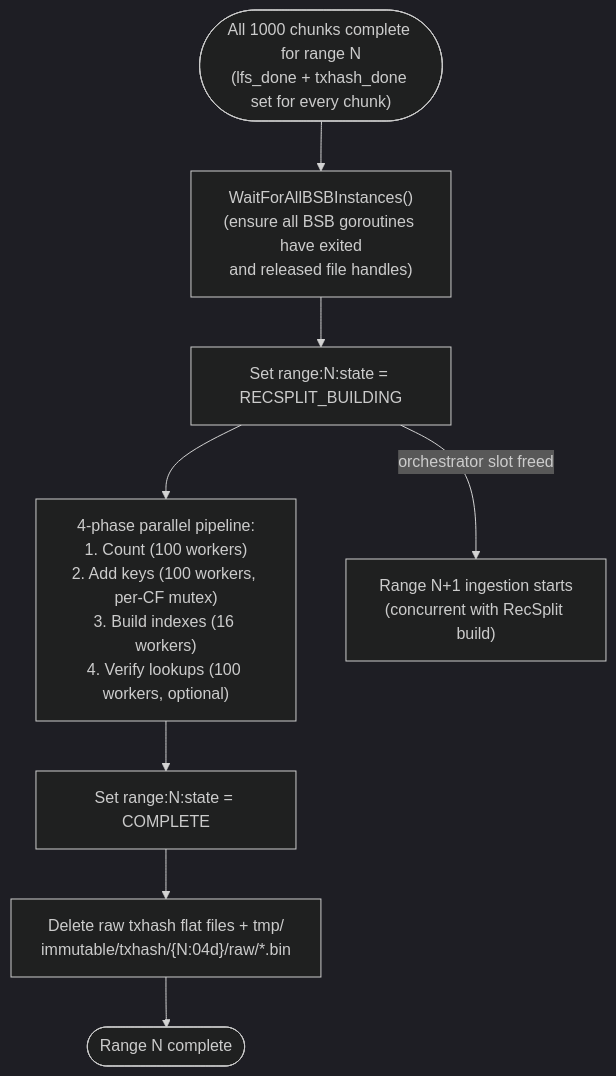
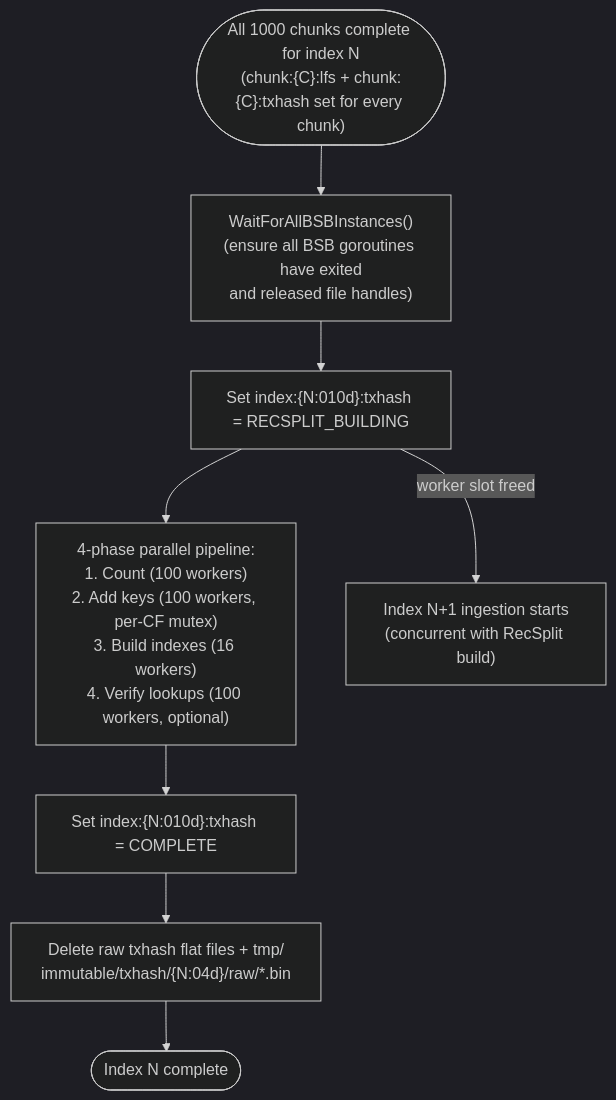
Before and after one commit to stellar/stellar-rpc: the ninth of 12 diagrams in full-history/design-docs/01-architecture-overview.md, drawn with Mermaid (dark theme). The commit also changed other lines of this file and 17 other files, not shown here.

````diff
--- a/full-history/design-docs/01-architecture-overview.md
+++ b/full-history/design-docs/01-architecture-overview.md
@@ -230,11 +232,11 @@
 ```mermaid
 flowchart TD
-    DONE1000(["All 1000 chunks complete for range N<br/>(lfs_done + txhash_done set for every chunk)"]) --> BARRIER["WaitForAllBSBInstances()<br/>(ensure all BSB goroutines have exited<br/>and released file handles)"]
-    BARRIER --> SET_RS["Set range:N:state = RECSPLIT_BUILDING"]
+    DONE1000(["All 1000 chunks complete for index N<br/>(chunk:{C}:lfs + chunk:{C}:txhash set for every chunk)"]) --> BARRIER["WaitForAllBSBInstances()<br/>(ensure all BSB goroutines have exited<br/>and released file handles)"]
+    BARRIER --> SET_RS["Set index:{N:010d}:txhash = RECSPLIT_BUILDING"]
     SET_RS --> BUILD_CFS["4-phase parallel pipeline:<br/>1. Count (100 workers)<br/>2. Add keys (100 workers, per-CF mutex)<br/>3. Build indexes (16 workers)<br/>4. Verify lookups (100 workers, optional)"]
-    BUILD_CFS --> RS_COMPLETE["Set range:N:state = COMPLETE"]
+    BUILD_CFS --> RS_COMPLETE["Set index:{N:010d}:txhash = COMPLETE"]
     RS_COMPLETE --> DELETE_RAW["Delete raw txhash flat files + tmp/<br/>immutable/txhash/{N:04d}/raw/*.bin"]
-    DELETE_RAW --> RANGE_DONE(["Range N complete"])
+    DELETE_RAW --> INDEX_DONE(["Index N complete"])
 
-    SET_RS -->|"orchestrator slot freed"| INGEST_NEXT["Range N+1 ingestion starts<br/>(concurrent with RecSplit build)"]
+    SET_RS -->|"worker slot freed"| INGEST_NEXT["Index N+1 ingestion starts<br/>(concurrent with RecSplit build)"]
 ```
````
